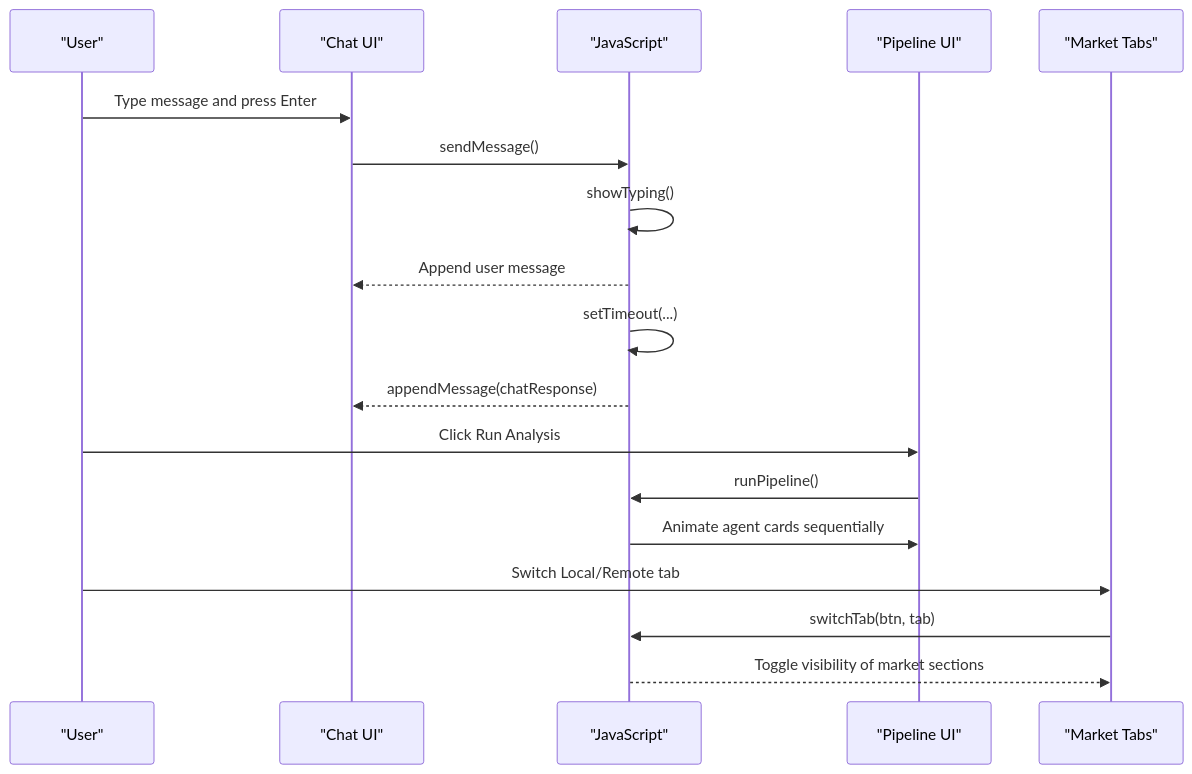
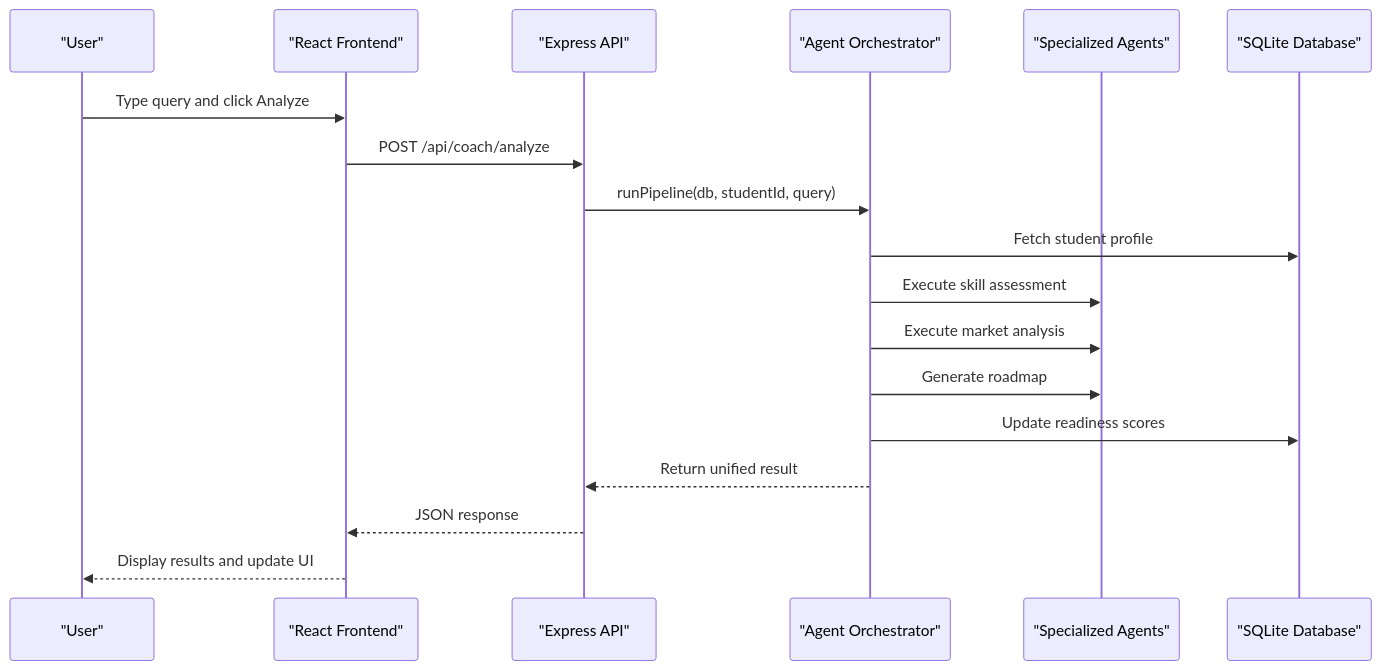
Before and after one commit to Alishba-Moin/CareerCompass: the second of 6 diagrams in .qoder/repowiki/en/content/Customization Guide.md, drawn with Mermaid. The commit also changed other lines of this file and 38 other files, not shown here.

Commit message:
Add Roadmap pdf download option

````diff
--- a/.qoder/repowiki/en/content/Customization Guide.md
+++ b/.qoder/repowiki/en/content/Customization Guide.md
@@ -87,20 +123,20 @@
 ```mermaid
 sequenceDiagram
 participant U as "User"
-participant C as "Chat UI"
-participant JS as "JavaScript"
-participant P as "Pipeline UI"
-participant M as "Market Tabs"
-U->>C : Type message and press Enter
-C->>JS : sendMessage()
-JS->>JS : showTyping()
-JS-->>C : Append user message
-JS->>JS : setTimeout(...)
-JS-->>C : appendMessage(chatResponse)
-U->>P : Click Run Analysis
-P->>JS : runPipeline()
-JS->>P : Animate agent cards sequentially
-U->>M : Switch Local/Remote tab
-M->>JS : switchTab(btn, tab)
-JS-->>M : Toggle visibility of market sections
+participant FE as "React Frontend"
+participant API as "Express API"
+participant ORCH as "Agent Orchestrator"
+participant AGENTS as "Specialized Agents"
+participant DB as "SQLite Database"
+U->>FE : Type query and click Analyze
+FE->>API : POST /api/coach/analyze
+API->>ORCH : runPipeline(db, studentId, query)
+ORCH->>DB : Fetch student profile
+ORCH->>AGENTS : Execute skill assessment
+ORCH->>AGENTS : Execute market analysis
+ORCH->>AGENTS : Generate roadmap
+ORCH->>DB : Update readiness scores
+ORCH-->>API : Return unified result
+API-->>FE : JSON response
+FE-->>U : Display results and update UI
 ```
````
